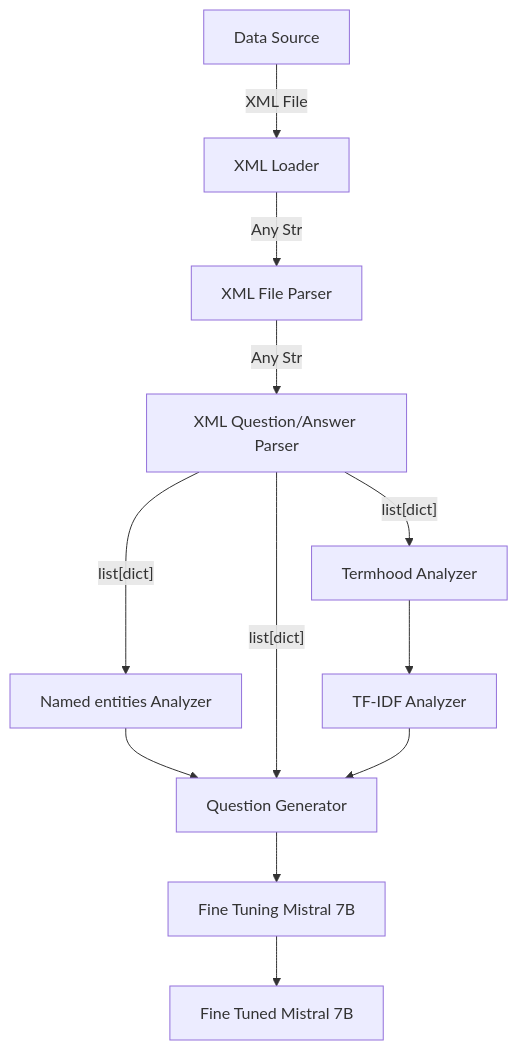
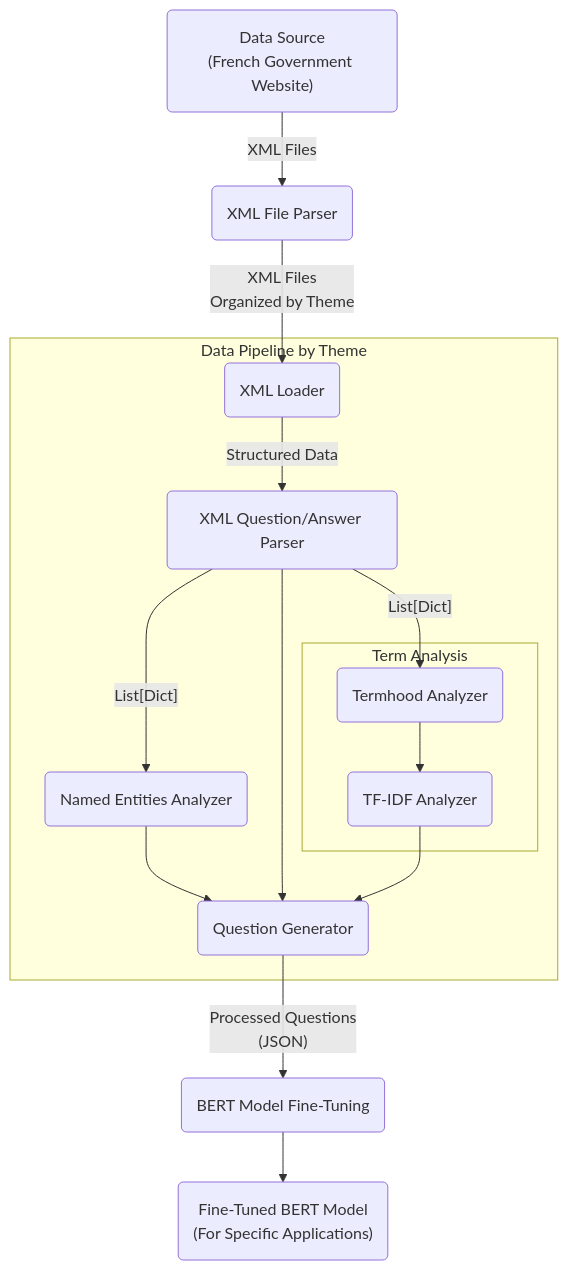
One commit to neoseb59/ChatBot_NLP changed the diagram in README.md. Above: the diagram before and after it, drawn with Mermaid. The commit also changed other lines of this file and 2 other files, not shown here.

Commit message:
Feature : README and better pipeline

````diff
--- a/README.md
+++ b/README.md
@@ -17,17 +15,26 @@
 ```mermaid
-graph TD;
-    A[Data Source] --XML File--> B[XML Loader];
-    B --Any Str --> K[XML File Parser]
-    K --Any Str--> C[XML Question/Answer Parser];
-    C --list[dict]--> I[Termhood Analyzer]
-    C --list[dict]--> E[Named entities Analyzer];
-    I --> F[TF-IDF Analyzer];
-    E --> G[Question Generator];
-    C --list[dict]--> G;
-    F --> G;
-    G --> H[Fine Tuning Mistral 7B];
-    H --> J[Fine Tuned Mistral 7B];
+graph TD
 
-    class A,B,C,D,F,E,G,H,I,J,K nodeStyle;
+    A("Data Source\n(French Government Website)") -- "XML Files" --> B("XML File Parser")
+    B -- "XML Files\nOrganized by Theme" --> C("XML Loader")
+    
+    subgraph "Data Pipeline by Theme"
+        C -- "Structured Data" --> D("XML Question/Answer Parser")
+        D -- "List[Dict]" --> F("Termhood Analyzer")
+        
+        subgraph "Term Analysis"
+            F --> G("TF-IDF Analyzer")
+        end
+
+        D -- "List[Dict]" --> E("Named Entities Analyzer")
+        E --> H("Question Generator")
+        D --> H
+        G --> H
+    end
+
+    H -- "Processed Questions\n(JSON)" --> I("BERT Model Fine-Tuning")
+    I --> J("Fine-Tuned BERT Model\n(For Specific Applications)")
+
+    class A,B,C,D,E,F,G,H,I,J nodeStyle;
 
 ```
````
